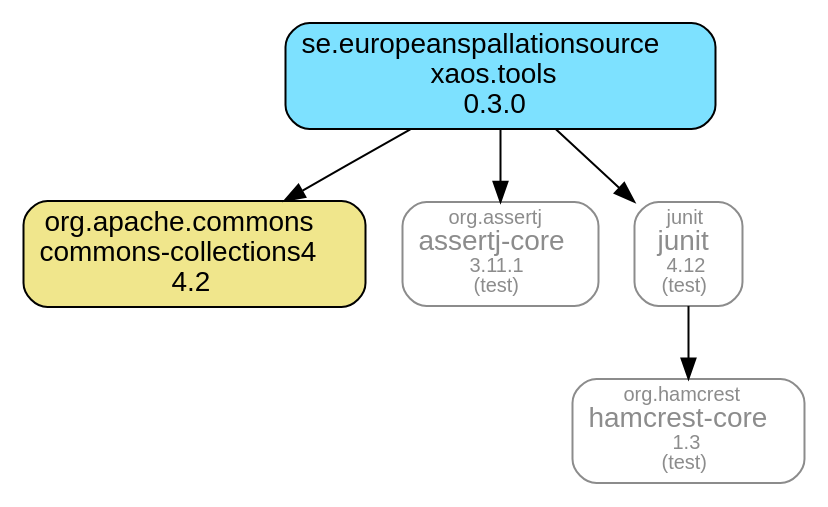
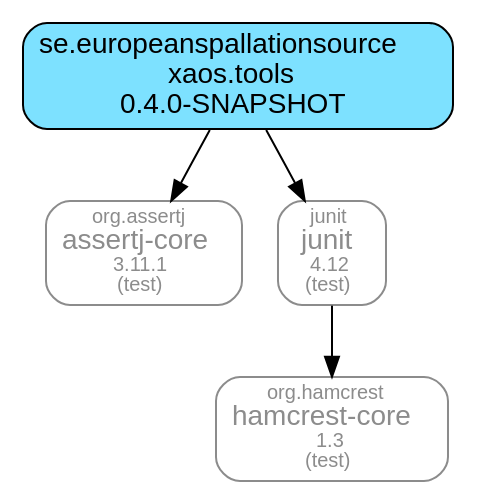
One commit to ESSICS/XAOS changed the diagram in xaos.tools.module/doc/maven-dependencies.dot. Above: the diagram before and after it, drawn with Graphviz. The commit also changed 16 other files, not shown here.

```diff
--- a/xaos.tools.module/doc/maven-dependencies.dot
+++ b/xaos.tools.module/doc/maven-dependencies.dot
@@ -1,17 +1,15 @@
 digraph "xaos.tools" {
   node [shape="box",style="rounded",fontname="Helvetica",fontsize="14"]
   edge [fontsize="10",fontname="Helvetica"]
 
   // Node Definitions:
-  "se.europeanspallationsource:xaos.tools:jar"[shape="box",style="rounded, filled",fillcolor="#7DE1FF",label=<se.europeanspallationsource<br/>xaos.tools<br/>0.3.0>]
-  "org.apache.commons:commons-collections4:jar"[shape="box",style="rounded, filled",fillcolor="khaki",label=<org.apache.commons<br/>commons-collections4<br/>4.2>]
+  "se.europeanspallationsource:xaos.tools:jar"[shape="box",style="rounded, filled",fillcolor="#7DE1FF",label=<se.europeanspallationsource<br/>xaos.tools<br/>0.4.0-SNAPSHOT>]
   "org.assertj:assertj-core:jar"[shape="box",style="rounded",color="grey55",fontname="Helvetica",fontsize="14",fontcolor="grey55",label=<<font color="grey55" point-size="10">org.assertj</font><br/>assertj-core<font color="grey55" point-size="10"><br/>3.11.1</font><font color="grey55" point-size="10"><br/>(test)</font>>]
   "junit:junit:jar"[shape="box",style="rounded",color="grey55",fontname="Helvetica",fontsize="14",fontcolor="grey55",label=<<font color="grey55" point-size="10">junit</font><br/>junit<font color="grey55" point-size="10"><br/>4.12</font><font color="grey55" point-size="10"><br/>(test)</font>>]
   "org.hamcrest:hamcrest-core:jar"[shape="box",style="rounded",color="grey55",fontname="Helvetica",fontsize="14",fontcolor="grey55",label=<<font color="grey55" point-size="10">org.hamcrest</font><br/>hamcrest-core<font color="grey55" point-size="10"><br/>1.3</font><font color="grey55" point-size="10"><br/>(test)</font>>]
 
   // Edge Definitions:
-  "se.europeanspallationsource:xaos.tools:jar" -> "org.apache.commons:commons-collections4:jar"
   "se.europeanspallationsource:xaos.tools:jar" -> "org.assertj:assertj-core:jar"
   "junit:junit:jar" -> "org.hamcrest:hamcrest-core:jar"
   "se.europeanspallationsource:xaos.tools:jar" -> "junit:junit:jar"
 }
```
